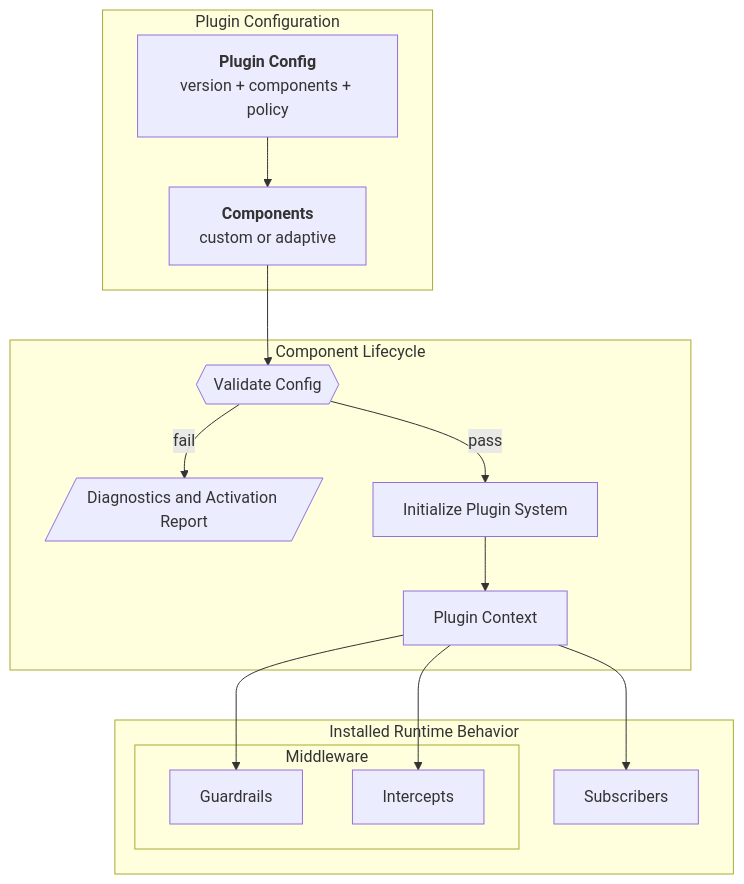
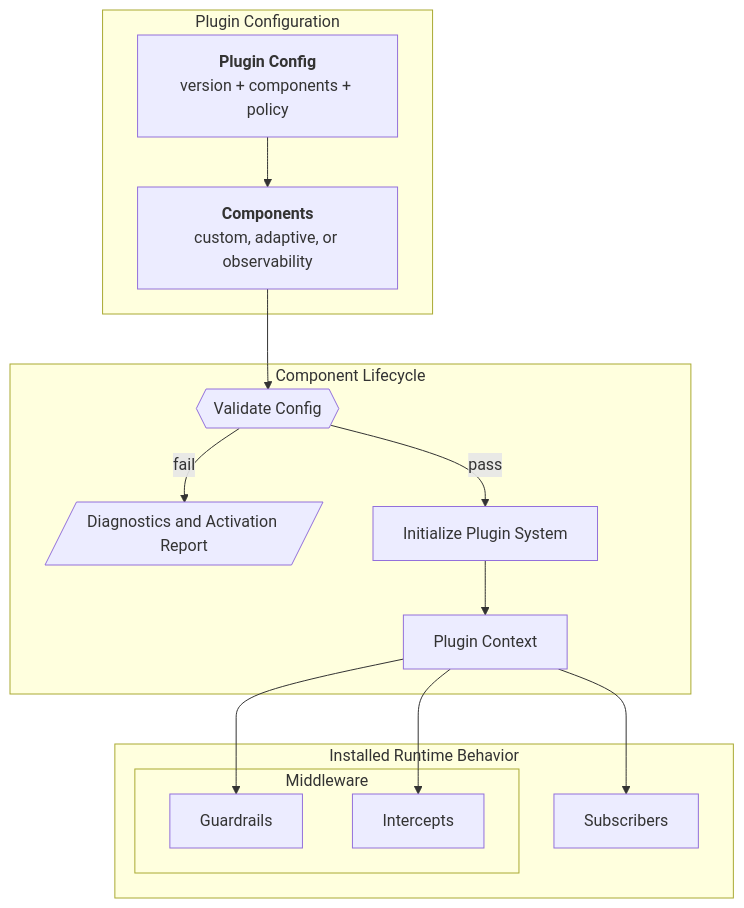
One commit to NVIDIA/NeMo-Relay changed the diagram in docs/about/concepts/plugins.md. Above: the diagram before and after it, drawn with Mermaid. The commit also changed other lines of this file and 39 other files, not shown here.

````diff
--- a/docs/about/concepts/plugins.md
+++ b/docs/about/concepts/plugins.md
@@ -59,44 +59,44 @@
 ```{mermaid}
 flowchart TB
     subgraph Config[Plugin Configuration]
         Document[<strong>Plugin Config</strong><br/>version + components + policy]
-        Components[<strong>Components</strong><br/>custom or adaptive]
+        Components[<strong>Components</strong><br/>custom, adaptive, or observability]
 
         Document --> Components
     end
 
     subgraph Lifecycle[Component Lifecycle]
         Validate{{Validate Config}}
         Report[/Diagnostics and Activation Report/]
         Init[Initialize Plugin System]
         Context[Plugin Context]
 
         Components --> Validate
         Validate -->|fail| Report
         Validate -->|pass| Init --> Context
     end
 
     subgraph Installed[Installed Runtime Behavior]
         subgraph Middleware[Middleware]
             Guard[Guardrails]
             Inter[Intercepts]
         end
         Subs[Subscribers]
 
         Context --> Guard & Inter & Subs
     end
 
     class Config grey-hint;
     class Lifecycle grey-hint;
     class Installed grey-hint;
     class Document teal-light;
     class Components teal-light;
     class Validate yellow-light;
     class Report red-light;
     class Init green-light;
     class Context green;
     class Middleware grey-lightest;
     class Guard green-light;
     class Inter green-light;
     class Subs green-light;
 ```
````
